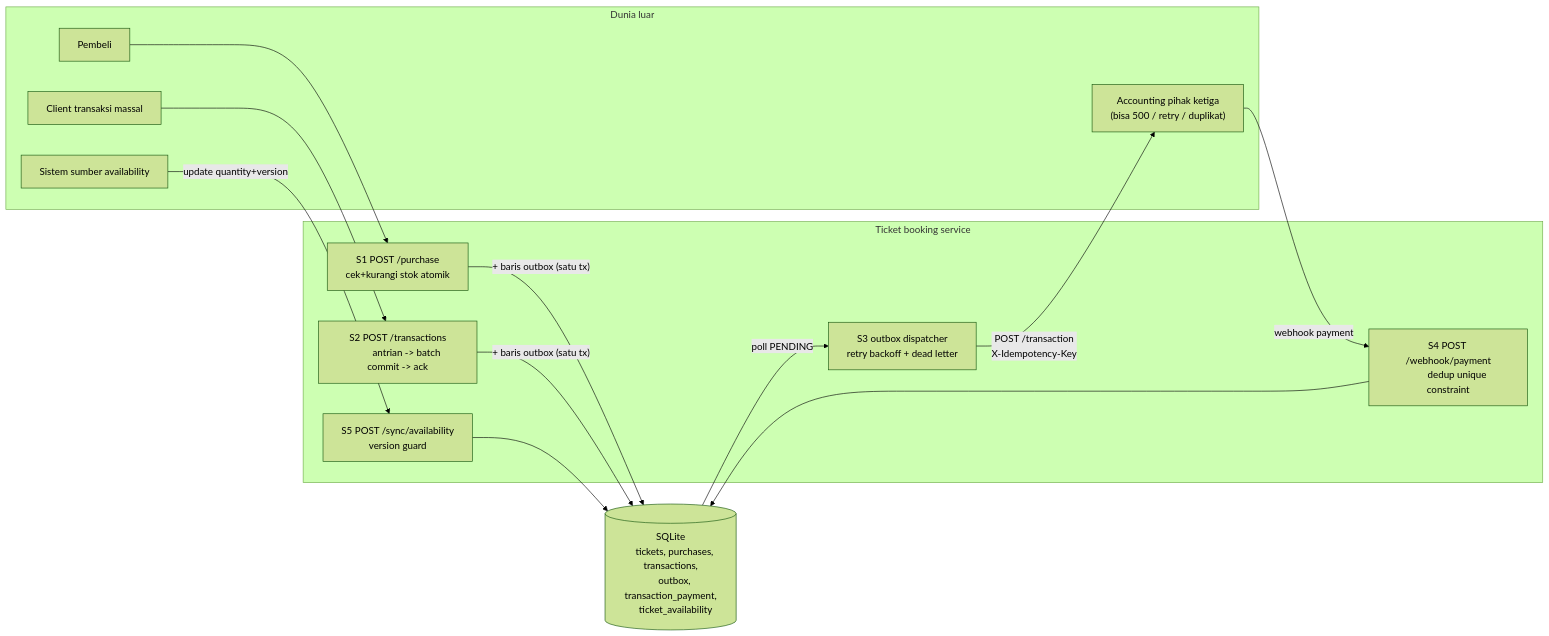
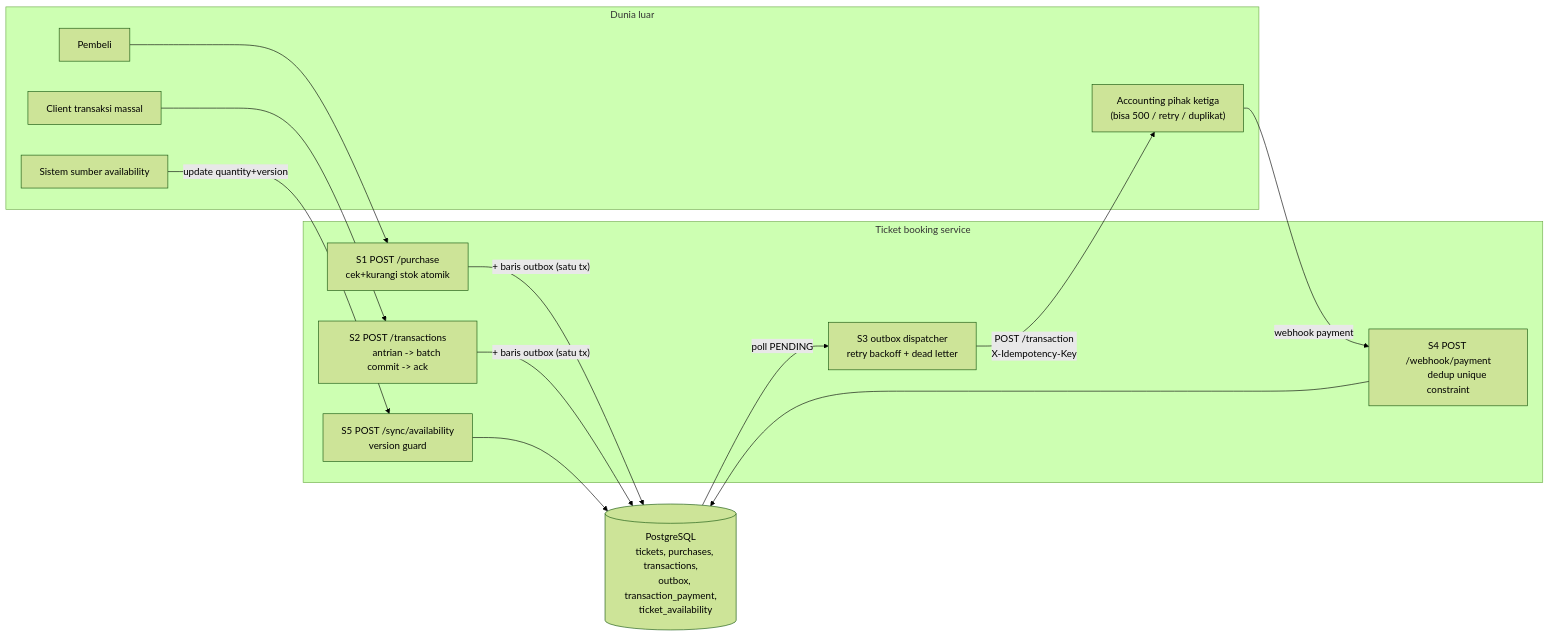
Before and after one commit to iamrpean/ticket-booking-assessment: the sixth of 6 diagrams in README.md, drawn with Mermaid (forest theme). The commit also changed other lines of this file, not shown here.

````diff
--- a/README.md
+++ b/README.md
@@ -221,40 +223,40 @@
 ```mermaid
 flowchart LR
     subgraph Luar["Dunia luar"]
         B[Pembeli]
         T[Client transaksi massal]
         A["Accounting pihak ketiga
         (bisa 500 / retry / duplikat)"]
         S[Sistem sumber availability]
     end
 
     subgraph App["Ticket booking service"]
         P["S1 POST /purchase
         cek+kurangi stok atomik"]
         I["S2 POST /transactions
         antrian -> batch commit -> ack"]
         D["S3 outbox dispatcher
         retry backoff + dead letter"]
         W["S4 POST /webhook/payment
         dedup unique constraint"]
         V["S5 POST /sync/availability
         version guard"]
     end
 
-    DB[("SQLite
+    DB[("PostgreSQL
     tickets, purchases, transactions,
     outbox, transaction_payment,
     ticket_availability")]
 
     B --> P
     T --> I
     P -->|"+ baris outbox (satu tx)"| DB
     I -->|"+ baris outbox (satu tx)"| DB
     DB -->|poll PENDING| D
     D -->|"POST /transaction
     X-Idempotency-Key"| A
     A -->|webhook payment| W
     W --> DB
     S -->|update quantity+version| V
     V --> DB
 ```
````
